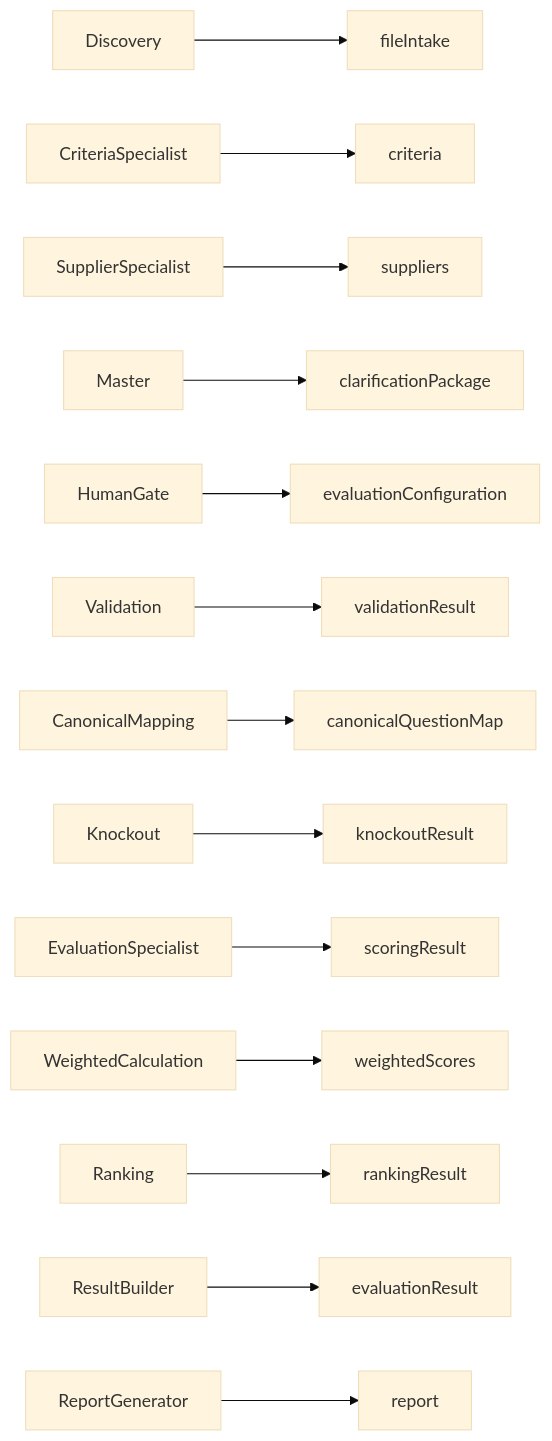
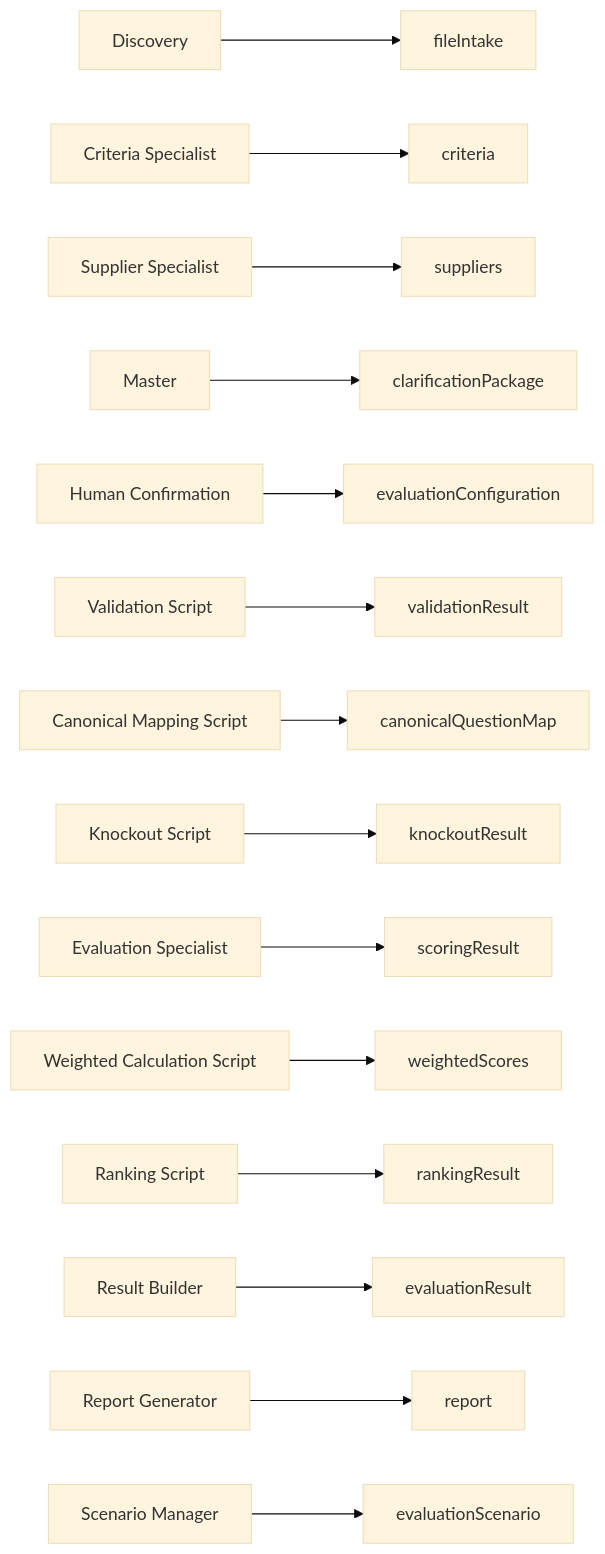
The second of 2 diagrams in Bid Analysis Agent/05A-Data-Flow-Architecture.md (adityarane-ai/Agentic-Orchestrations), drawn with Mermaid (base theme) before and after one commit. The commit also changed other lines of this file, not shown here.

Commit message:
Update data-flow diagrams for V1.2 HITL configuration and deterministic pipeline

````diff
--- a/Bid Analysis Agent/05A-Data-Flow-Architecture.md
+++ b/Bid Analysis Agent/05A-Data-Flow-Architecture.md
@@ -74,17 +98,17 @@
 ```mermaid
 flowchart LR
-
-Discovery --> fileIntake
-CriteriaSpecialist --> criteria
-SupplierSpecialist --> suppliers
-Master --> clarificationPackage
-HumanGate --> evaluationConfiguration
-Validation --> validationResult
-CanonicalMapping --> canonicalQuestionMap
-Knockout --> knockoutResult
-EvaluationSpecialist --> scoringResult
-WeightedCalculation --> weightedScores
-Ranking --> rankingResult
-ResultBuilder --> evaluationResult
-ReportGenerator --> report
+    FI[Discovery] --> fileIntake
+    C[Criteria Specialist] --> criteria
+    S[Supplier Specialist] --> suppliers
+    M[Master] --> clarificationPackage
+    H[Human Confirmation] --> evaluationConfiguration
+    V[Validation Script] --> validationResult
+    CM[Canonical Mapping Script] --> canonicalQuestionMap
+    K[Knockout Script] --> knockoutResult
+    E[Evaluation Specialist] --> scoringResult
+    W[Weighted Calculation Script] --> weightedScores
+    R[Ranking Script] --> rankingResult
+    RB[Result Builder] --> evaluationResult
+    RG[Report Generator] --> report
+    SC[Scenario Manager] --> evaluationScenario
 ```
````
